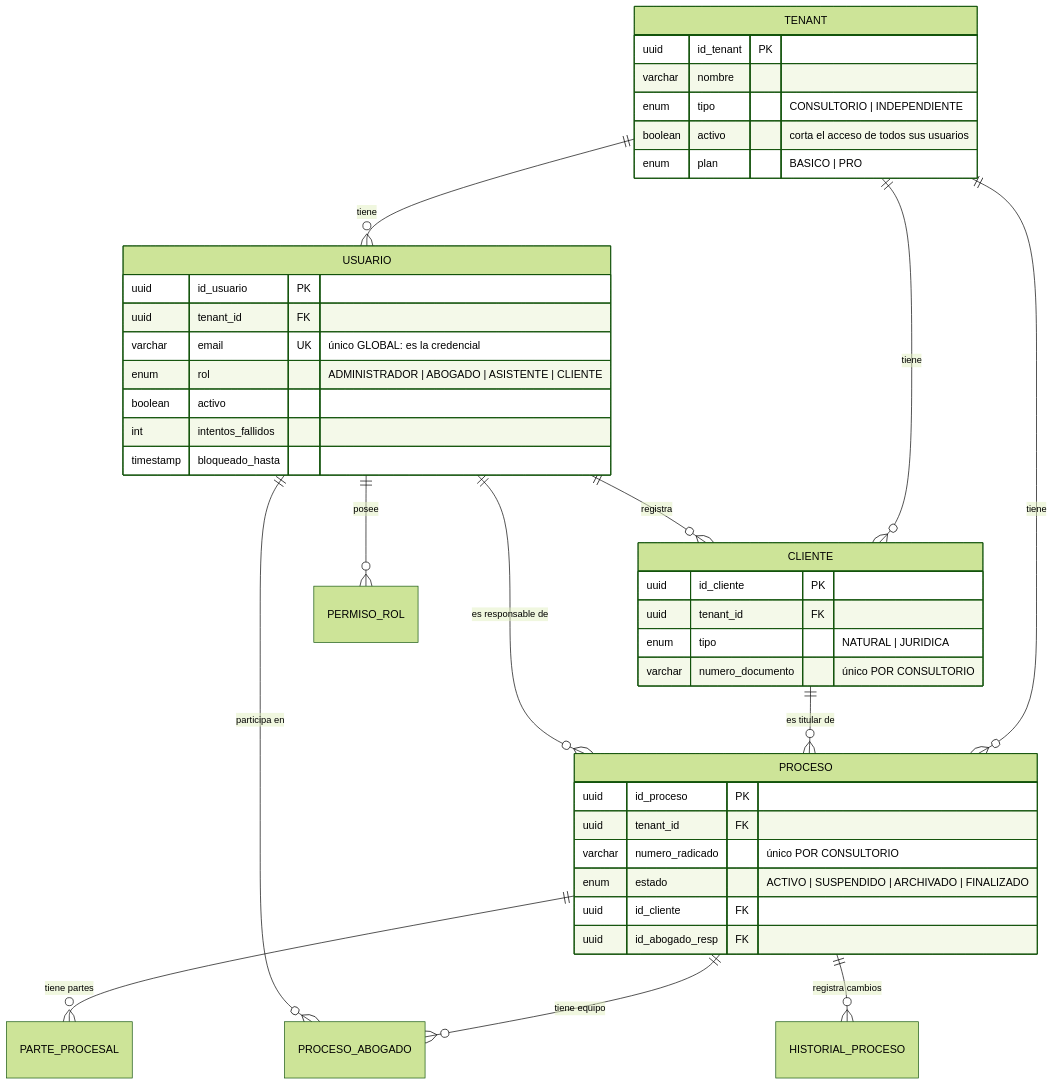
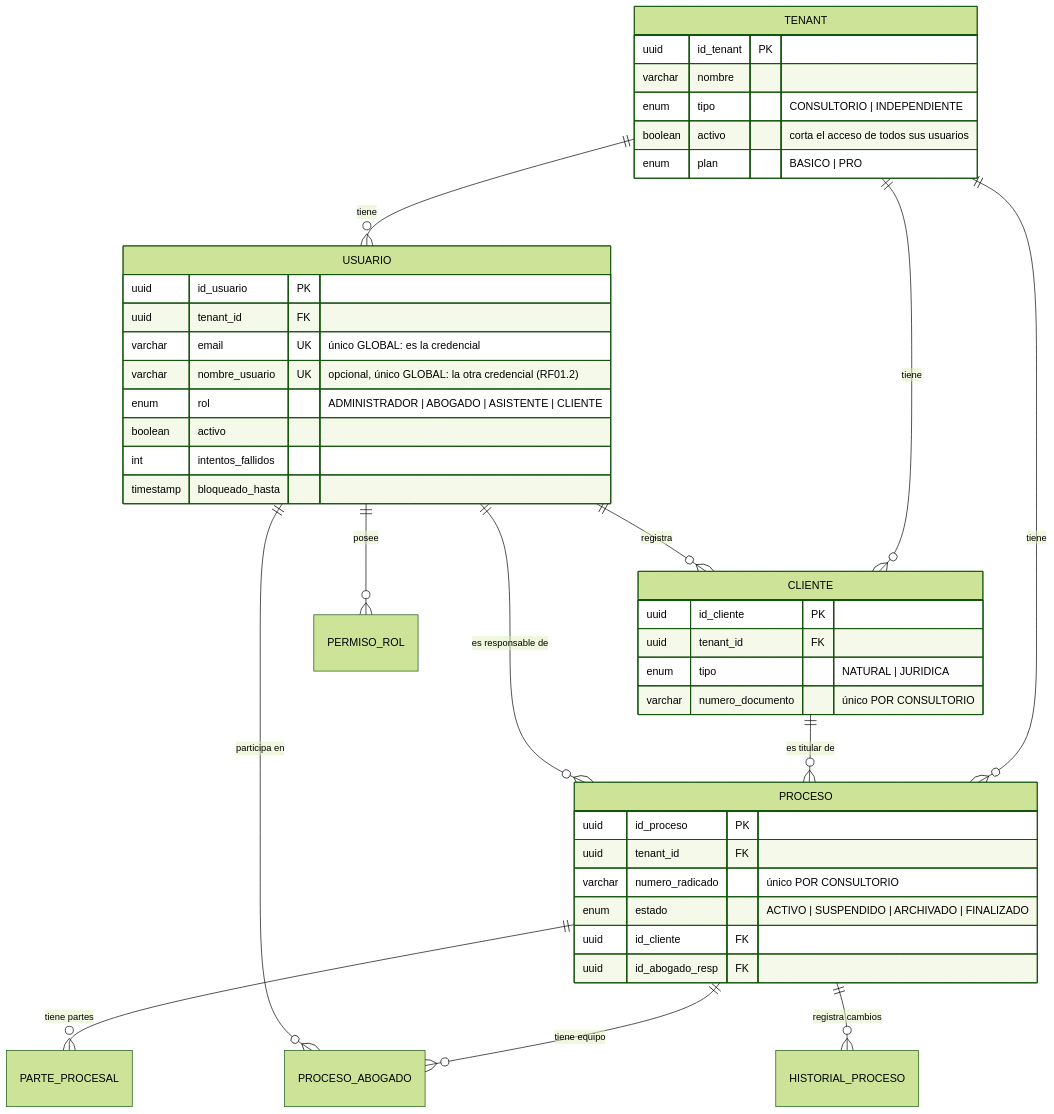
Before and after one commit to Aryannext/sistema-juridico: the first of 5 diagrams in documentacion-a-presentar/diagramas/06-entidad-relacion.md, drawn with Mermaid (forest theme). The commit also changed other lines of this file and 62 other files, not shown here.

````diff
--- a/documentacion-a-presentar/diagramas/06-entidad-relacion.md
+++ b/documentacion-a-presentar/diagramas/06-entidad-relacion.md
@@ -11,50 +11,51 @@
 ```mermaid
 erDiagram
     TENANT ||--o{ USUARIO : "tiene"
     TENANT ||--o{ CLIENTE : "tiene"
     TENANT ||--o{ PROCESO : "tiene"
 
     USUARIO ||--o{ PERMISO_ROL : "posee"
     USUARIO ||--o{ CLIENTE : "registra"
     CLIENTE ||--o{ PROCESO : "es titular de"
     USUARIO ||--o{ PROCESO : "es responsable de"
 
     PROCESO ||--o{ PROCESO_ABOGADO : "tiene equipo"
     USUARIO ||--o{ PROCESO_ABOGADO : "participa en"
     PROCESO ||--o{ PARTE_PROCESAL : "tiene partes"
     PROCESO ||--o{ HISTORIAL_PROCESO : "registra cambios"
 
     TENANT {
         uuid id_tenant PK
         varchar nombre
         enum tipo "CONSULTORIO | INDEPENDIENTE"
         boolean activo "corta el acceso de todos sus usuarios"
         enum plan "BASICO | PRO"
     }
 
     USUARIO {
         uuid id_usuario PK
         uuid tenant_id FK
         varchar email UK "único GLOBAL: es la credencial"
+        varchar nombre_usuario UK "opcional, único GLOBAL: la otra credencial (RF01.2)"
         enum rol "ADMINISTRADOR | ABOGADO | ASISTENTE | CLIENTE"
         boolean activo
         int intentos_fallidos
         timestamp bloqueado_hasta
     }
 
     CLIENTE {
         uuid id_cliente PK
         uuid tenant_id FK
         enum tipo "NATURAL | JURIDICA"
         varchar numero_documento "único POR CONSULTORIO"
     }
 
     PROCESO {
         uuid id_proceso PK
         uuid tenant_id FK
         varchar numero_radicado "único POR CONSULTORIO"
         enum estado "ACTIVO | SUSPENDIDO | ARCHIVADO | FINALIZADO"
         uuid id_cliente FK
         uuid id_abogado_resp FK
     }
 ```
````
